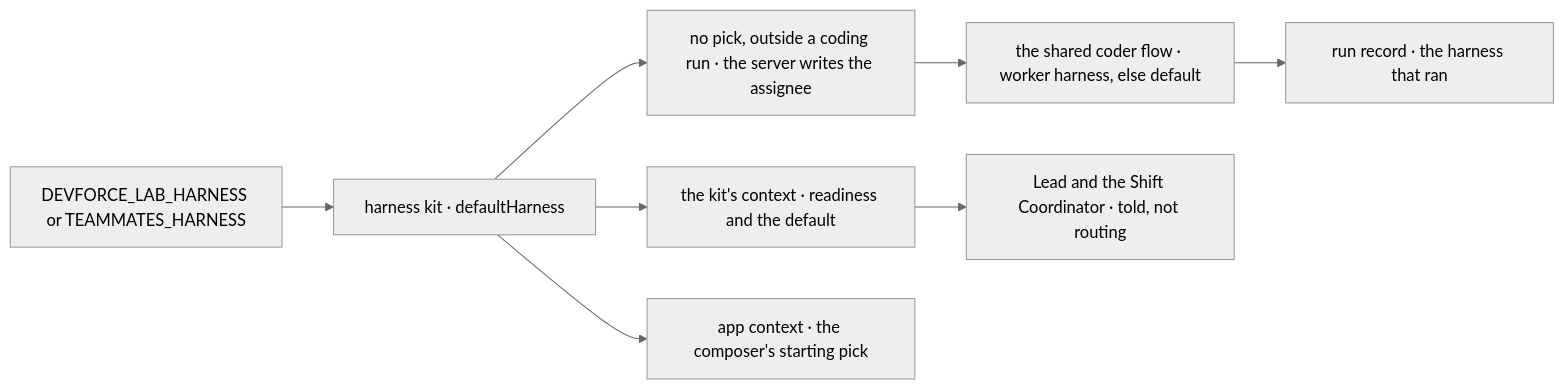
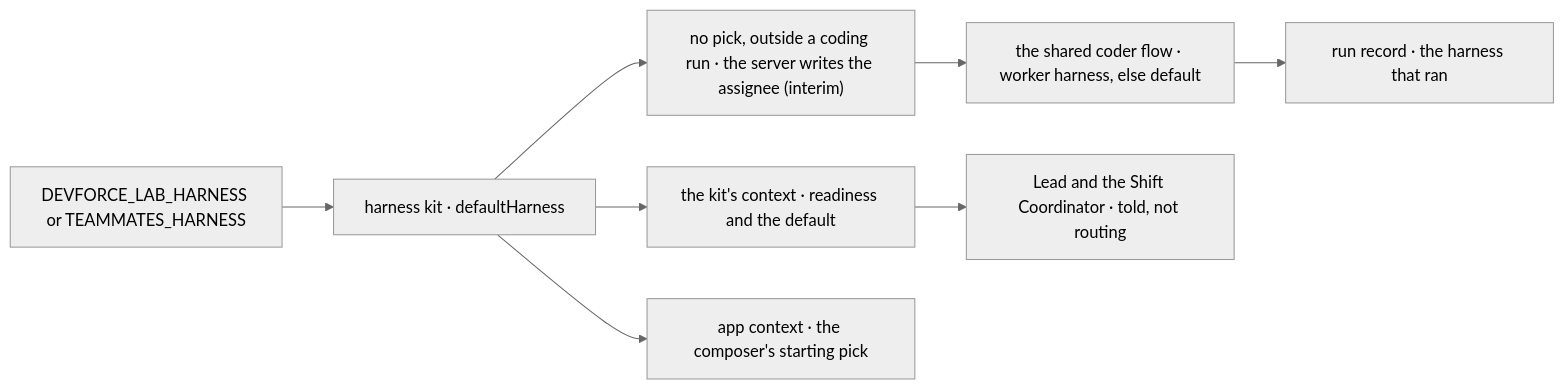
The second of 2 diagrams in specs/issues/FIX-2877/SPEC.md (fixpoint-labs/flow-state-dev), drawn with Mermaid (neutral theme) before and after one commit. The commit also changed other lines of this file and 2 other files, not shown here.

First line of the commit message:
spec(FIX-2877): restore D2's interim clause; retirement names FIX-2878's filler mechanism (#5604 @40ad92d)

````diff
--- a/specs/issues/FIX-2877/SPEC.md
+++ b/specs/issues/FIX-2877/SPEC.md
@@ -114,10 +115,10 @@
 ```mermaid
 flowchart LR
   E["DEVFORCE_LAB_HARNESS or TEAMMATES_HARNESS"] --> K["harness kit · defaultHarness"]
-  K --> W["no pick, outside a coding run · the server writes the assignee"]
+  K --> W["no pick, outside a coding run · the server writes the assignee (interim)"]
   W --> F["the shared coder flow · worker harness, else default"]
   K --> X["the kit's context · readiness and the default"]
   X --> L["Lead and the Shift Coordinator · told, not routing"]
   K --> V["app context · the composer's starting pick"]
   F --> R["run record · the harness that ran"]
 ```
````
